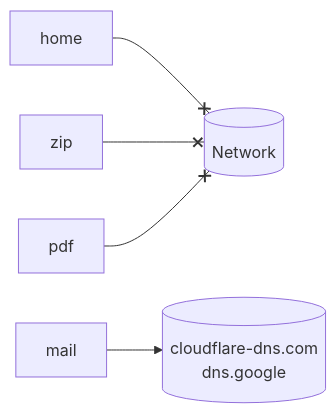
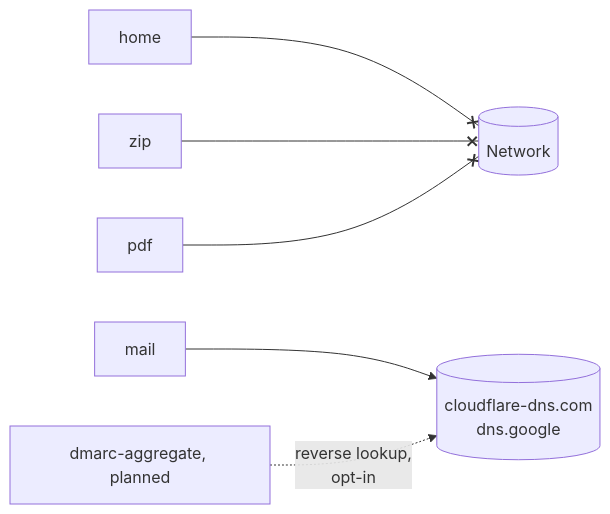
The third of 6 diagrams in docs/explanation/architecture.md (photom/benchside), drawn with Mermaid before and after one commit. The commit also changed other lines of this file and 32 other files, not shown here.

First line of the commit message:
Specify and design the DMARC aggregate report analyzer (#14)

````diff
--- a/docs/explanation/architecture.md
+++ b/docs/explanation/architecture.md
@@ -83,7 +90,8 @@
 ```mermaid
 flowchart LR
   home[home] --x net[(Network)]
   zip[zip] --x net
   pdf[pdf] --x net
   mail[mail] --> doh[(cloudflare-dns.com<br/>dns.google)]
+  dmarc["dmarc-aggregate, planned"] -. "reverse lookup,<br/>opt-in" .-> doh
 ```
````
